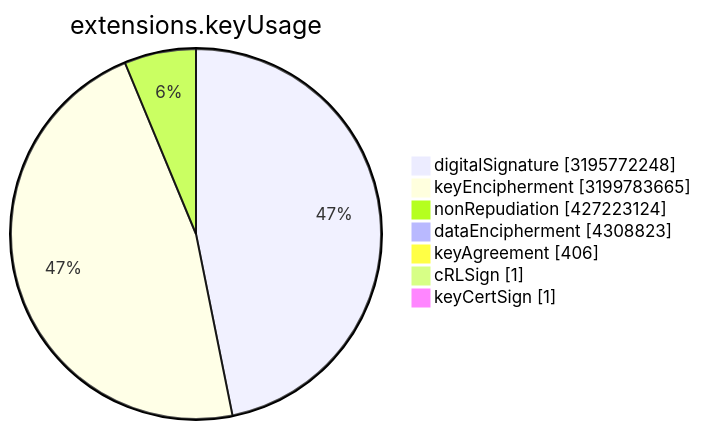
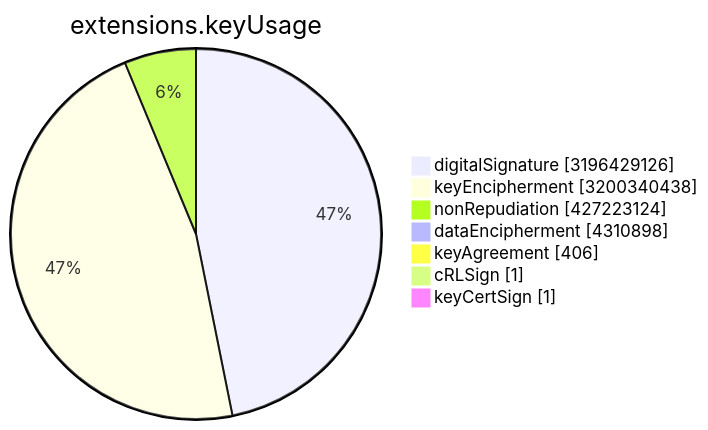
One commit to christiankrug/ctmonitor_visualization changed the sixth of 15 diagrams in TOTAL/README.md. Above: the diagram before and after it, drawn with Mermaid. The commit also changed other lines of this file, not shown here.

````diff
--- a/TOTAL/README.md
+++ b/TOTAL/README.md
@@ -3077,11 +3077,11 @@
 ```mermaid
 pie showData
 title extensions.keyUsage
-"digitalSignature" :3195772248
-"keyEncipherment" :3199783665
+"digitalSignature" :3196429126
+"keyEncipherment" :3200340438
 "nonRepudiation" :427223124
-"dataEncipherment" :4308823
+"dataEncipherment" :4310898
 "keyAgreement" :406
 "cRLSign" :1
 "keyCertSign" :1
 ```
````
